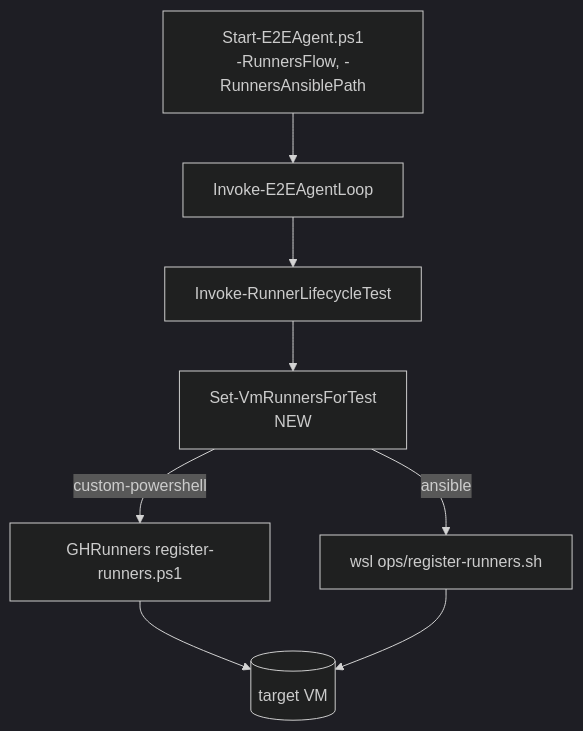
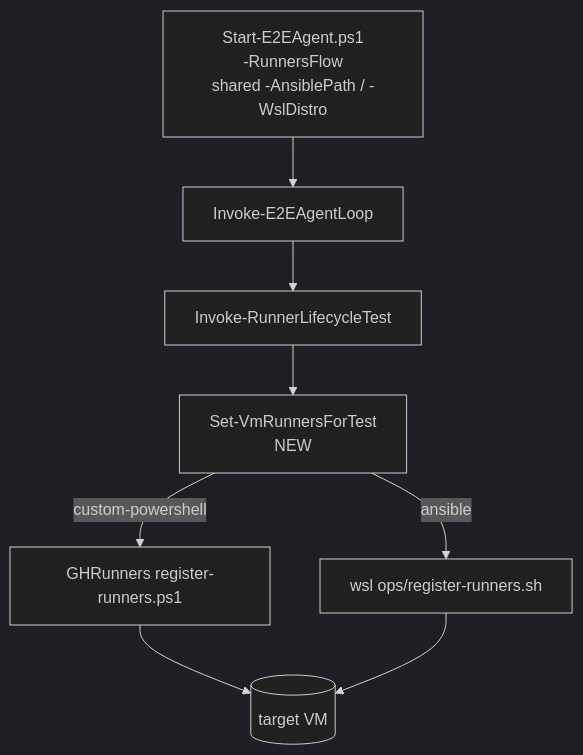
One commit to Klark-Morrigan/Infrastructure-Vm-Ansible changed the seventh of 7 diagrams in docs/dev/implementation/08-github-runners-registration/plan.md. Above: the diagram before and after it, drawn with Mermaid (dark theme). The commit also changed other lines of this file and 1 other file, not shown here.

````diff
--- a/docs/dev/implementation/08-github-runners-registration/plan.md
+++ b/docs/dev/implementation/08-github-runners-registration/plan.md
@@ -1136,10 +1146,10 @@
 ```mermaid
 flowchart TD
-    SA[Start-E2EAgent.ps1<br/>-RunnersFlow, -RunnersAnsiblePath] --> IL[Invoke-E2EAgentLoop]
+    SA[Start-E2EAgent.ps1<br/>-RunnersFlow<br/>shared -AnsiblePath / -WslDistro] --> IL[Invoke-E2EAgentLoop]
     IL --> RL[Invoke-RunnerLifecycleTest]
     RL --> SV[Set-VmRunnersForTest<br/>NEW]
     SV -->|custom-powershell| PSc[GHRunners register-runners.ps1]
     SV -->|ansible| ANc[wsl ops/register-runners.sh]
     PSc --> VM[(target VM)]
     ANc --> VM
 ```
````
